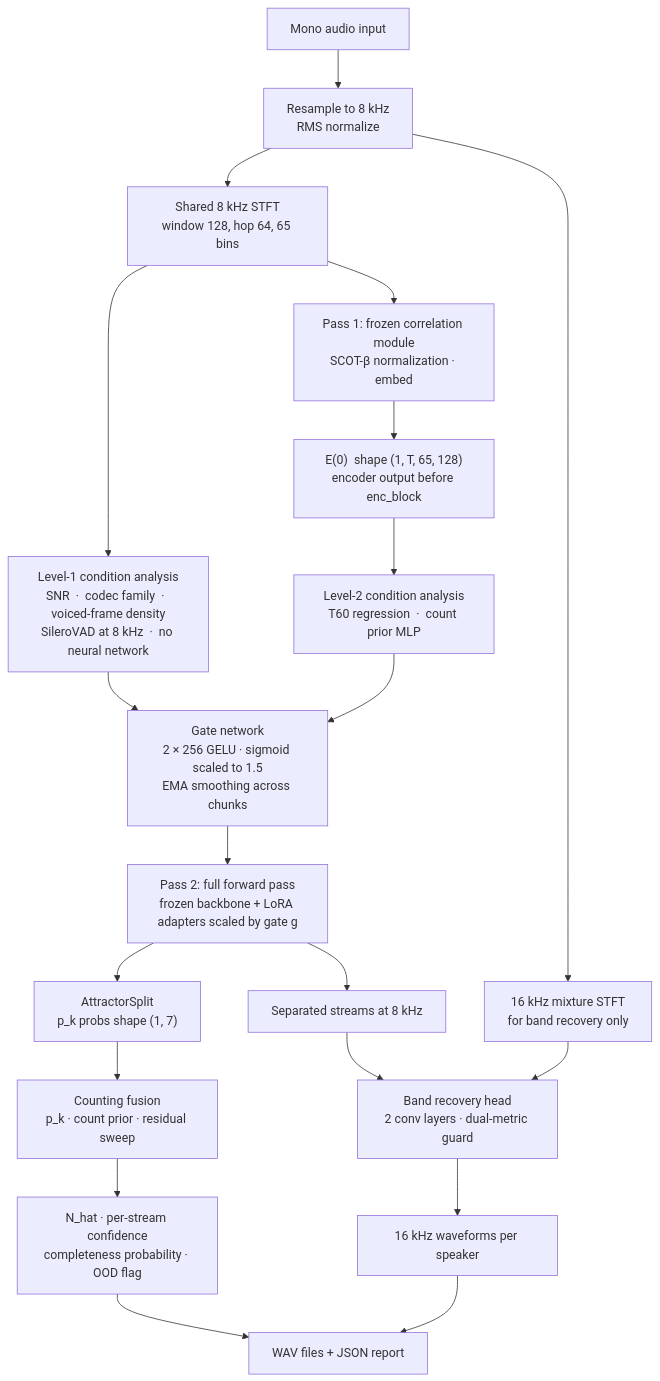
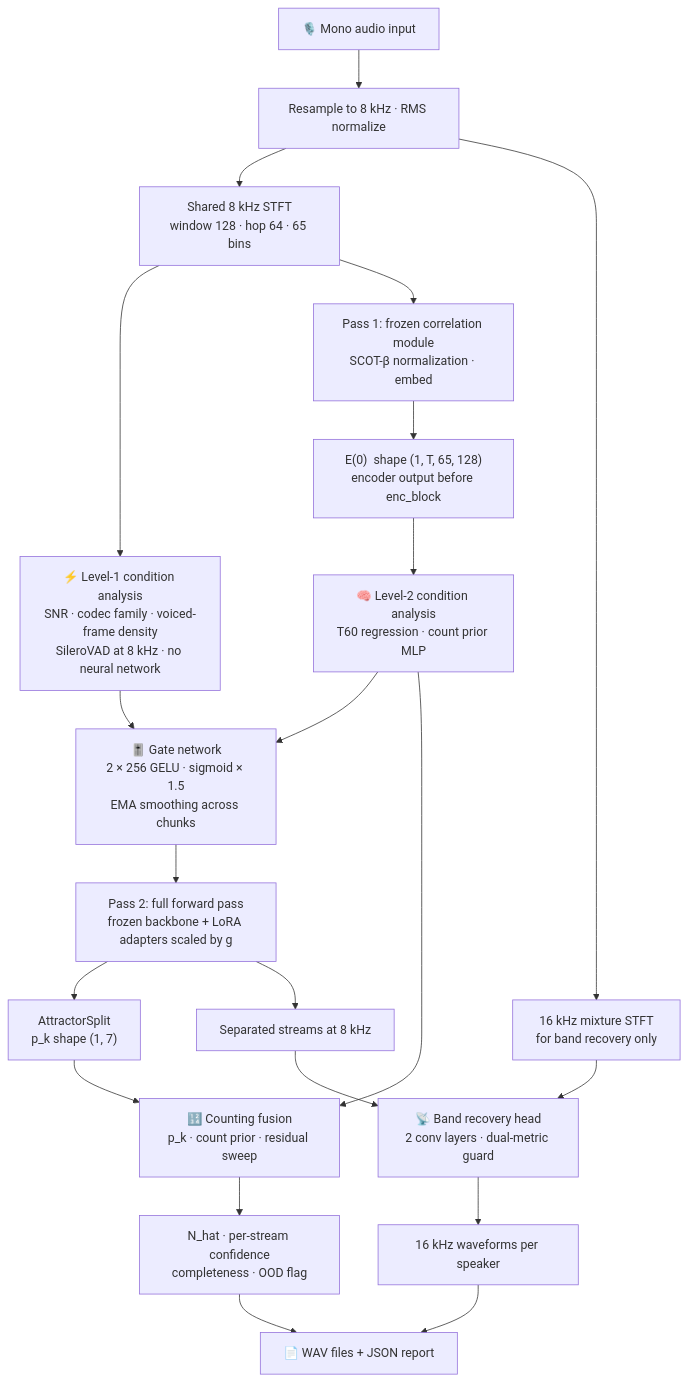
Before and after one commit to TECHSCHOLAR777/SINGLE-CHANNEL-SPEECH-SEPARATION-PROJECT: the first of 5 diagrams in README.md, drawn with Mermaid. The commit also changed other lines of this file, not shown here.

````diff
--- a/README.md
+++ b/README.md
@@ -64,31 +63,30 @@
 ```mermaid
 flowchart TD
-    IN["Mono audio input"] --> PRE["Resample to 8 kHz\nRMS normalize"]
-    PRE --> STFT8["Shared 8 kHz STFT\nwindow 128, hop 64, 65 bins"]
+    IN["🎙️ Mono audio input"] --> PRE["Resample to 8 kHz · RMS normalize"]
+    PRE --> STFT8["Shared 8 kHz STFT\nwindow 128 · hop 64 · 65 bins"]
     PRE --> STFT16["16 kHz mixture STFT\nfor band recovery only"]
 
-    STFT8 --> L1["Level-1 condition analysis\nSNR  ·  codec family  ·  voiced-frame density\nSileroVAD at 8 kHz  ·  no neural network"]
-
+    STFT8 --> L1["⚡ Level-1 condition analysis\nSNR · codec family · voiced-frame density\nSileroVAD at 8 kHz · no neural network"]
     STFT8 --> PASS1["Pass 1: frozen correlation module\nSCOT-β normalization · embed"]
     PASS1 --> E0["E(0)  shape (1, T, 65, 128)\nencoder output before enc_block"]
+    E0 --> L2["🧠 Level-2 condition analysis\nT60 regression · count prior MLP"]
 
-    E0 --> L2["Level-2 condition analysis\nT60 regression  ·  count prior MLP"]
-
-    L1 --> GATE["Gate network\n2 × 256 GELU · sigmoid scaled to 1.5\nEMA smoothing across chunks"]
+    L1 --> GATE["🎚️ Gate network\n2 × 256 GELU · sigmoid × 1.5\nEMA smoothing across chunks"]
     L2 --> GATE
 
-    GATE --> PASS2["Pass 2: full forward pass\nfrozen backbone + LoRA adapters scaled by gate g"]
+    GATE --> PASS2["Pass 2: full forward pass\nfrozen backbone + LoRA adapters scaled by g"]
+    PASS2 --> SPLIT["AttractorSplit\np_k  shape (1, 7)"]
+    PASS2 --> SEP8["Separated streams at 8 kHz"]
 
-    PASS2 --> SPLIT["AttractorSplit\np_k probs  shape (1, 7)"]
-    SPLIT --> COUNT["Counting fusion\np_k · count prior · residual sweep"]
+    SPLIT --> COUNT["🔢 Counting fusion\np_k · count prior · residual sweep"]
+    L2 --> COUNT
 
-    PASS2 --> SEP8["Separated streams at 8 kHz"]
-    SEP8 --> BR["Band recovery head\n2 conv layers · dual-metric guard"]
+    SEP8 --> BR["📡 Band recovery head\n2 conv layers · dual-metric guard"]
     STFT16 --> BR
 
     BR --> OUT16["16 kHz waveforms per speaker"]
-    COUNT --> CONF["N_hat · per-stream confidence\ncompleteness probability · OOD flag"]
+    COUNT --> CONF["N_hat · per-stream confidence\ncompleteness · OOD flag"]
 
-    OUT16 --> REPORT["WAV files + JSON report"]
+    OUT16 --> REPORT["📄 WAV files + JSON report"]
     CONF --> REPORT
 ```
````
